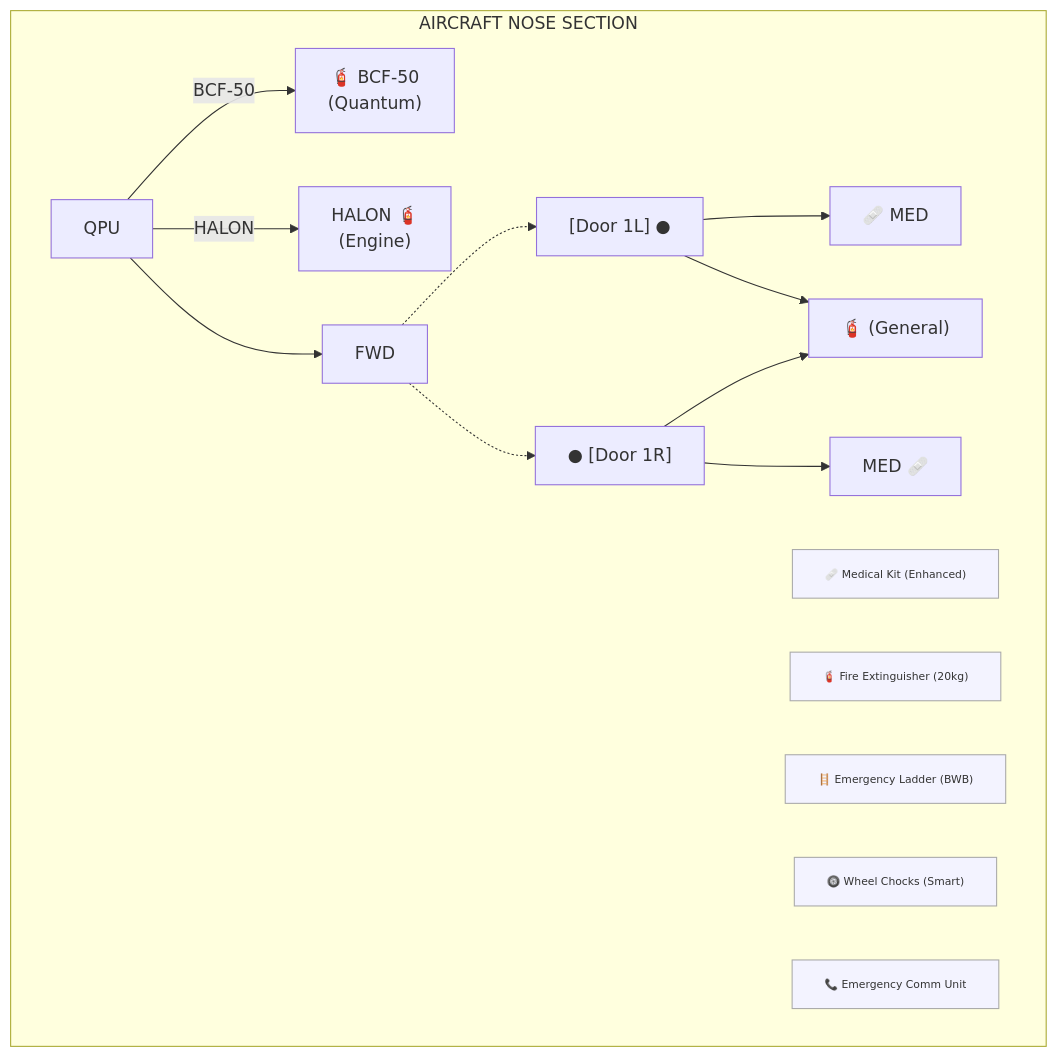
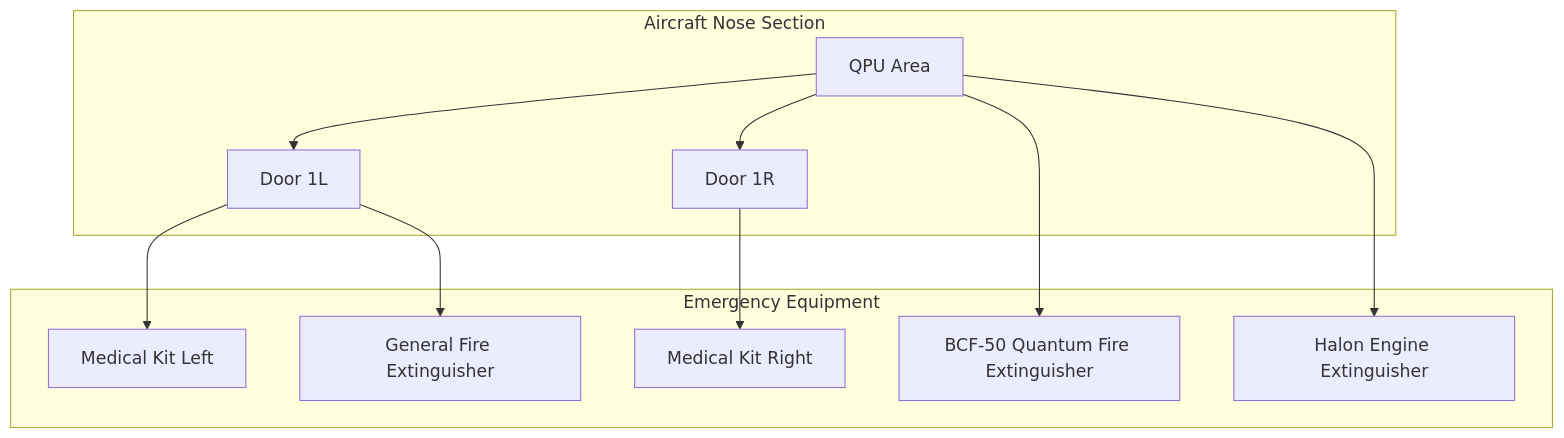
Before and after one commit to Robbbo-T/GAIA-QAO-ADVENT: diagram 17 of 27 in Q-AIR/fleet/AMPEL360/BWBQ100/docs/ATA-chapters/ATA-00-General/ 00-40-00-00-Servicing/00-40-10-00-ServicePoints/00-40-10-03-TransitService.md, drawn with Mermaid. The commit also changed other lines of this file, not shown here.

````diff
--- a/Q-AIR/fleet/AMPEL360/BWBQ100/docs/ATA-chapters/ATA-00-General/ 00-40-00-00-Servicing/00-40-10-00-ServicePoints/00-40-10-03-TransitService.md
+++ b/Q-AIR/fleet/AMPEL360/BWBQ100/docs/ATA-chapters/ATA-00-General/ 00-40-00-00-Servicing/00-40-10-00-ServicePoints/00-40-10-03-TransitService.md
@@ -1866,52 +1874,25 @@
 ```mermaid
 flowchart TB
-    %% AIRCRAFT NOSE SECTION LAYOUT
-
-    subgraph NOSE["AIRCRAFT NOSE SECTION"]
-        QPU["QPU"]
-        BCF50["🧯 BCF-50\n(Quantum)"]
-        HALON["HALON 🧯\n(Engine)"]
-
-        QPU --"BCF-50"--> BCF50
-        QPU --"HALON"--> HALON
-
-        FWD["FWD"]
-        QPU --> FWD
-
-        Door1L["[Door 1L] ●"]
-        Door1R["● [Door 1R]"]
-
-        FWD -.-> Door1L
-        FWD -.-> Door1R
-
-        MEDL["🩹 MED"]
-        MEDR["MED 🩹"]
-        FIREGEN["🧯 (General)"]
-
-        Door1L --> MEDL
-        Door1L --> FIREGEN
-        Door1R --> MEDR
-        Door1R --> FIREGEN
-
-        %% Equipment legends as floating nodes
-        EQUIPL["🩹 Medical Kit (Enhanced)"]
-        EQUIPL2["🧯 Fire Extinguisher (20kg)"]
-        EQUIPL3["🪜 Emergency Ladder (BWB)"]
-        EQUIPL4["🛞 Wheel Chocks (Smart)"]
-        EQUIPL5["📞 Emergency Comm Unit"]
-
-        classDef legend fill:#f3f3ff,stroke:#aaa,font-size:10px
-        EQUIPL:::legend
-        EQUIPL2:::legend
-        EQUIPL3:::legend
-        EQUIPL4:::legend
-        EQUIPL5:::legend
+    subgraph NOSE_SECTION["Aircraft Nose Section"]
+        QPU[QPU Area]
+        Door1L[Door 1L]
+        Door1R[Door 1R]
+        
+        QPU --> Door1L
+        QPU --> Door1R
     end
-
-    %% Legend (reference; not visually linked to main diagram)
-    %% ● Medical Kit (Enhanced) - 🩹
-    %% ● Fire Extinguisher (20kg) - 🧯  
-    %% ● Emergency Ladder (BWB) - 🪜
-    %% ● Wheel Chocks (Smart) - 🛞
-    %% ● Emergency Comm Unit - 📞
+    
+    subgraph EMERGENCY_EQUIP["Emergency Equipment"]
+        BCF50[BCF-50 Quantum Fire Extinguisher]
+        HALON[Halon Engine Extinguisher]
+        MEDL[Medical Kit Left]
+        MEDR[Medical Kit Right]
+        FIREGEN[General Fire Extinguisher]
+    end
+    
+    Door1L --> MEDL
+    Door1L --> FIREGEN
+    Door1R --> MEDR
+    QPU --> BCF50
+    QPU --> HALON
 ```
````
